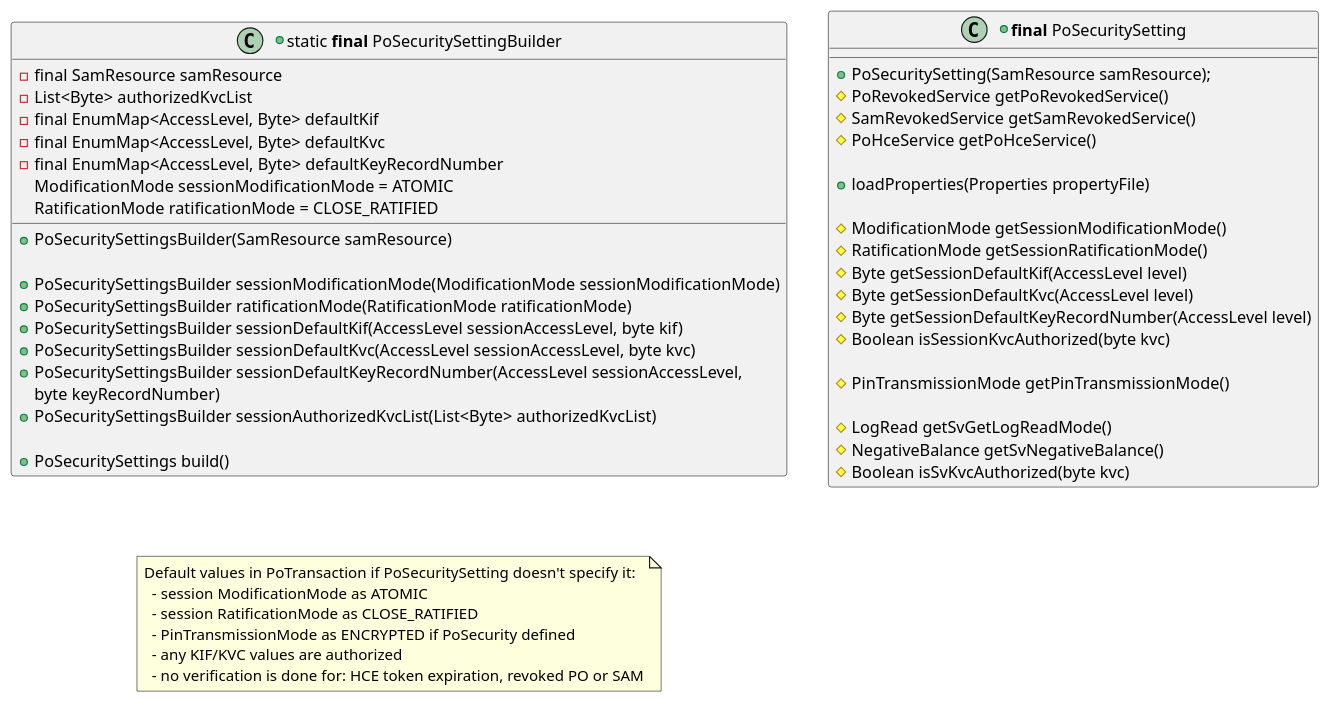
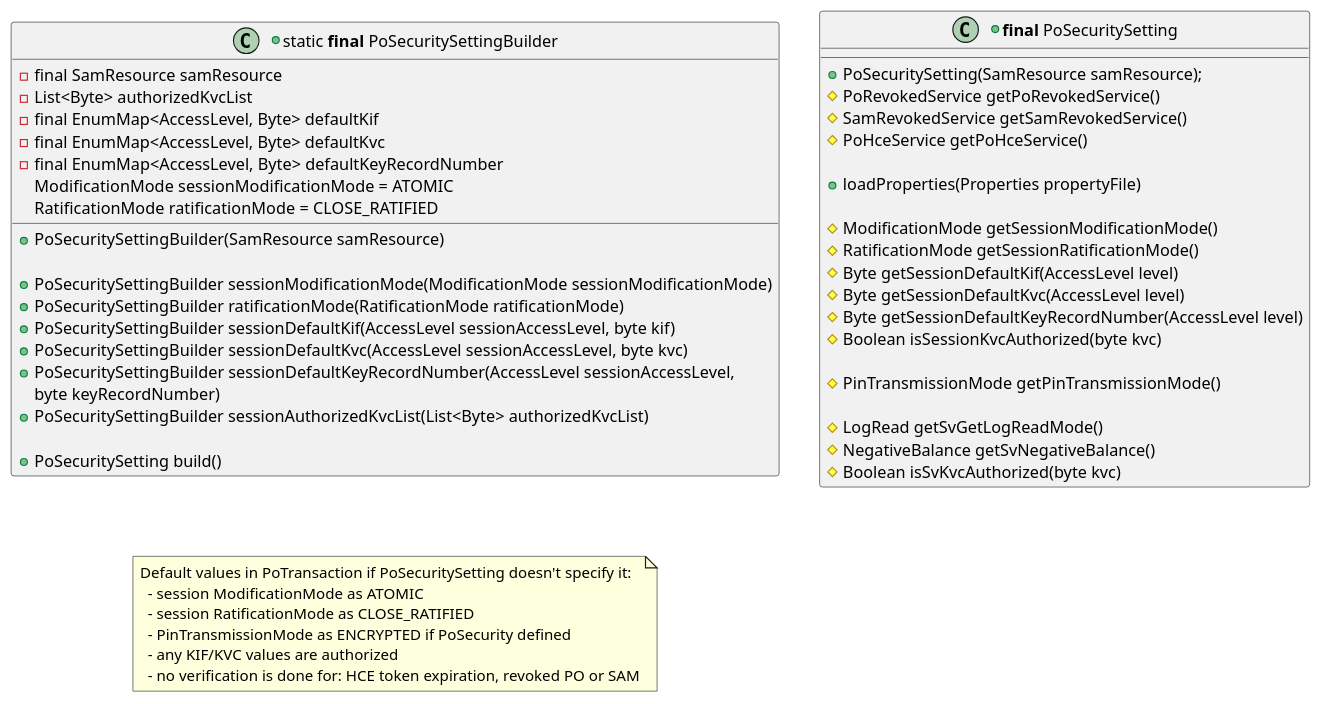
One commit to calypsonet/keyple changed the seventh of 19 diagrams in src/KeypleCalypsoApi/ApplicationApi/puml/KeypleCalypso-ApplicationApi-ClassDiag-Transaction-ClassElements.iuml. Above: the diagram before and after it, drawn with PlantUML. The commit also changed other lines of this file and 27 other files, not shown here.

```diff
--- a/src/KeypleCalypsoApi/ApplicationApi/puml/KeypleCalypso-ApplicationApi-ClassDiag-Transaction-ClassElements.iuml
+++ b/src/KeypleCalypsoApi/ApplicationApi/puml/KeypleCalypso-ApplicationApi-ClassDiag-Transaction-ClassElements.iuml
@@ -154,61 +167,61 @@
 @startuml(id=TRANSACTION_SECURITYSETTING_CalypsoAPI)
 +class "static <b>final</b> PoSecuritySettingBuilder" as PoSecuritySettingBuilder {
   -final SamResource samResource
   -List<Byte> authorizedKvcList
   -final EnumMap<AccessLevel, Byte> defaultKif
   -final EnumMap<AccessLevel, Byte> defaultKvc
   -final EnumMap<AccessLevel, Byte> defaultKeyRecordNumber
   ModificationMode sessionModificationMode = ATOMIC
   RatificationMode ratificationMode = CLOSE_RATIFIED
 
-  +PoSecuritySettingsBuilder(SamResource samResource)
+  +PoSecuritySettingBuilder(SamResource samResource)
 
-  +PoSecuritySettingsBuilder sessionModificationMode(ModificationMode sessionModificationMode)
-  +PoSecuritySettingsBuilder ratificationMode(RatificationMode ratificationMode)
-  +PoSecuritySettingsBuilder sessionDefaultKif(AccessLevel sessionAccessLevel, byte kif)
-  +PoSecuritySettingsBuilder sessionDefaultKvc(AccessLevel sessionAccessLevel, byte kvc)
-  +PoSecuritySettingsBuilder sessionDefaultKeyRecordNumber(AccessLevel sessionAccessLevel,
+  +PoSecuritySettingBuilder sessionModificationMode(ModificationMode sessionModificationMode)
+  +PoSecuritySettingBuilder ratificationMode(RatificationMode ratificationMode)
+  +PoSecuritySettingBuilder sessionDefaultKif(AccessLevel sessionAccessLevel, byte kif)
+  +PoSecuritySettingBuilder sessionDefaultKvc(AccessLevel sessionAccessLevel, byte kvc)
+  +PoSecuritySettingBuilder sessionDefaultKeyRecordNumber(AccessLevel sessionAccessLevel,
     byte keyRecordNumber)
-  +PoSecuritySettingsBuilder sessionAuthorizedKvcList(List<Byte> authorizedKvcList)
+  +PoSecuritySettingBuilder sessionAuthorizedKvcList(List<Byte> authorizedKvcList)
 
-  +PoSecuritySettings build()
+  +PoSecuritySetting build()
 }
 
 +class "<b>final</b> PoSecuritySetting" as PoSecuritySetting {
   +PoSecuritySetting(SamResource samResource);
 '  +setPoRevokedService(PoRevokedService revokedPo)
 '  +setSamRevokedService(SamRevokedService revokedSam)
 '  +setPoHceService(PoHceService expiredHce)
   #PoRevokedService getPoRevokedService()
   #SamRevokedService getSamRevokedService()
   #PoHceService getPoHceService()
 
   +loadProperties(Properties propertyFile)
 
   #ModificationMode getSessionModificationMode()
   #RatificationMode getSessionRatificationMode()
   #Byte getSessionDefaultKif(AccessLevel level)
   #Byte getSessionDefaultKvc(AccessLevel level)
   #Byte getSessionDefaultKeyRecordNumber(AccessLevel level)
   #Boolean isSessionKvcAuthorized(byte kvc)
 
 '  +setPinTransmissionMode(PinTransmissionMode mode)
   #PinTransmissionMode getPinTransmissionMode()
 
 '  +setSvGetLogReadMode(LogRead readRule)
 '  +setSvNegativeBalanceMode(NegativeBalance authorization)
 '  +setSvAuthorizedKvcList(byte[] kvc)
   #LogRead getSvGetLogReadMode()
   #NegativeBalance getSvNegativeBalance()
   #Boolean isSvKvcAuthorized(byte kvc)
 }
 
 note as N1
 Default values in PoTransaction if PoSecuritySetting doesn't specify it:
   - session ModificationMode as ATOMIC
   - session RatificationMode as CLOSE_RATIFIED
   - PinTransmissionMode as ENCRYPTED if PoSecurity defined
   - any KIF/KVC values are authorized
   - no verification is done for: HCE token expiration, revoked PO or SAM
 end note
 @enduml
```
